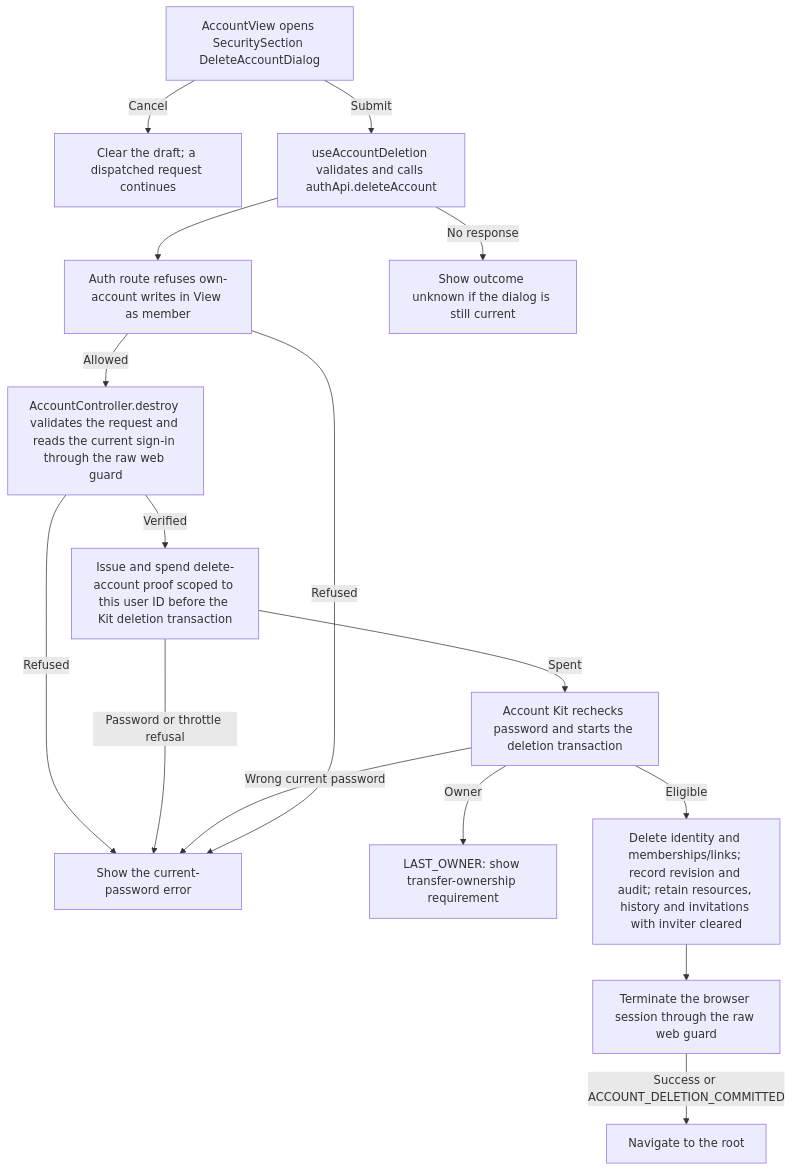
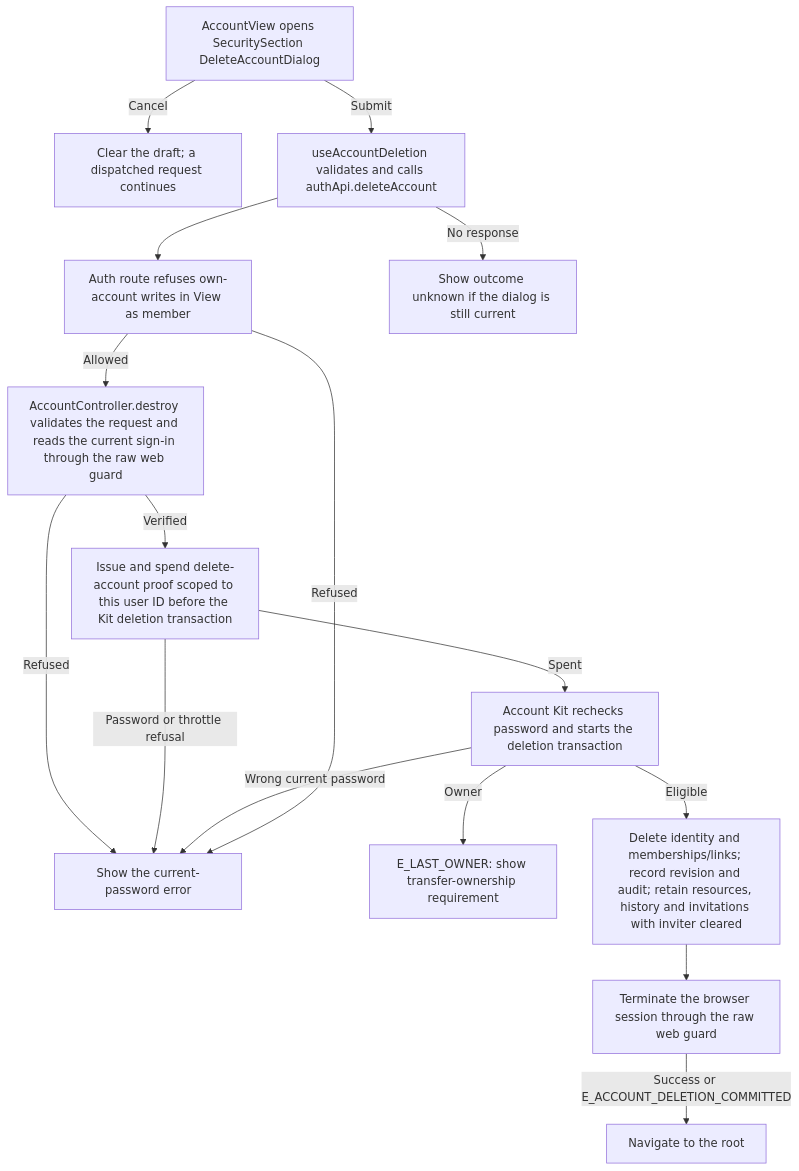
Before and after one commit to Kevinjohn/capacitylens: the second of 2 diagrams in user-stories/account/US-ACCOUNT-05-delete-account.md, drawn with Mermaid. The commit also changed 72 other files, not shown here.

````diff
--- a/user-stories/account/US-ACCOUNT-05-delete-account.md
+++ b/user-stories/account/US-ACCOUNT-05-delete-account.md
@@ -35,18 +35,18 @@
 ```mermaid
 flowchart TD
   dialog["AccountView opens SecuritySection DeleteAccountDialog"] -->|Cancel| clear["Clear the draft; a dispatched request continues"]
   dialog -->|Submit| api["useAccountDeletion validates and calls authApi.deleteAccount"]
   api --> guard["Auth route refuses own-account writes in View as member"]
   guard -->|Allowed| current["AccountController.destroy validates the request and reads the current sign-in through the raw web guard"]
   current -->|Verified| proof["Issue and spend delete-account proof scoped to this user ID before the Kit deletion transaction"]
   current -->|Refused| field
   proof -->|Password or throttle refusal| field["Show the current-password error"]
   proof -->|Spent| kit["Account Kit rechecks password and starts the deletion transaction"]
-  kit -->|Owner| owner["LAST_OWNER: show transfer-ownership requirement"]
+  kit -->|Owner| owner["E_LAST_OWNER: show transfer-ownership requirement"]
   kit -->|Wrong current password| field
   kit -->|Eligible| cleanup["Delete identity and memberships/links; record revision and audit; retain resources, history and invitations with inviter cleared"]
   cleanup --> terminate["Terminate the browser session through the raw web guard"]
-  terminate -->|Success or ACCOUNT_DELETION_COMMITTED| reload["Navigate to the root"]
+  terminate -->|Success or E_ACCOUNT_DELETION_COMMITTED| reload["Navigate to the root"]
   api -->|No response| unknown["Show outcome unknown if the dialog is still current"]
   guard -->|Refused| field
 ```
````
